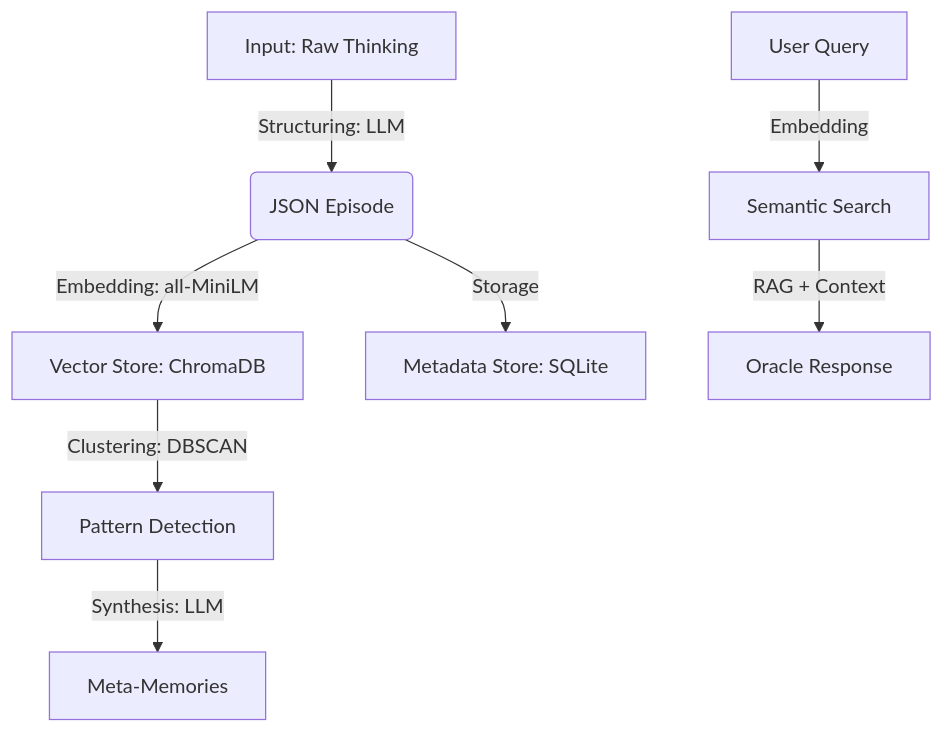
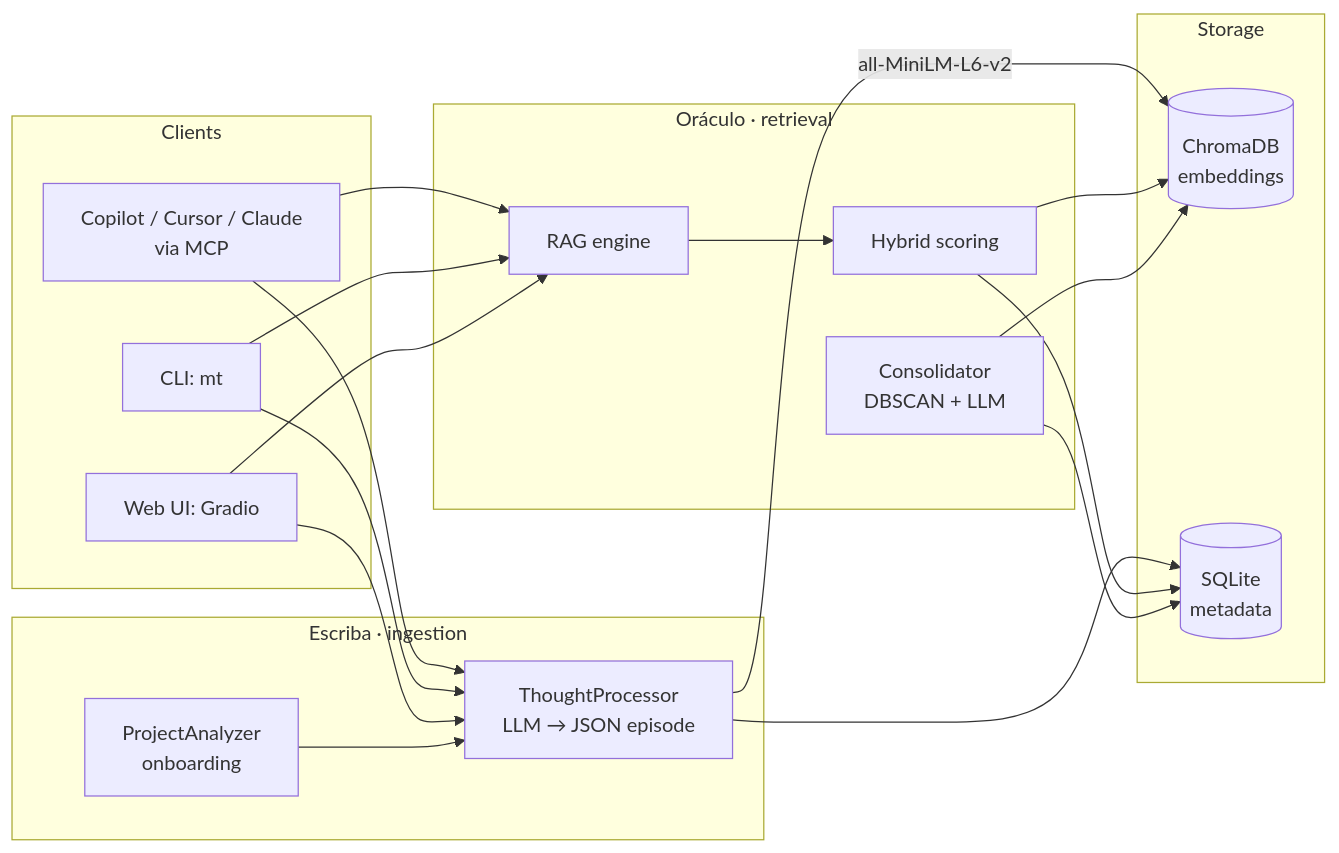
The diagram in README.md (JesusJimenez01/memorytwin), drawn with Mermaid before and after one commit. The commit also changed other lines of this file and 36 other files, not shown here.

````diff
--- a/README.md
+++ b/README.md
@@ -43,10 +40,32 @@
 ```mermaid
-graph TD
-    A[Input: Raw Thinking] -->|Structuring: LLM| B(JSON Episode)
-    B -->|Embedding: all-MiniLM| C[Vector Store: ChromaDB]
-    B -->|Storage| D[Metadata Store: SQLite]
-    C -->|Clustering: DBSCAN| E[Pattern Detection]
-    E -->|Synthesis: LLM| F[Meta-Memories]
-    G[User Query] -->|Embedding| H[Semantic Search]
-    H -->|RAG + Context| I[Oracle Response]
+flowchart LR
+    subgraph Clients
+        A[Copilot / Cursor / Claude<br/>via MCP]
+        B[CLI: mt]
+        C[Web UI: Gradio]
+    end
+
+    subgraph Escriba [Escriba · ingestion]
+        P[ThoughtProcessor<br/>LLM → JSON episode]
+        O[ProjectAnalyzer<br/>onboarding]
+    end
+
+    subgraph Oraculo [Oráculo · retrieval]
+        R[RAG engine]
+        S[Hybrid scoring]
+        K[Consolidator<br/>DBSCAN + LLM]
+    end
+
+    subgraph Storage
+        V[(ChromaDB<br/>embeddings)]
+        Q[(SQLite<br/>metadata)]
+    end
+
+    A & B & C --> P & R
+    O --> P
+    P -->|all-MiniLM-L6-v2| V
+    P --> Q
+    R --> S --> V
+    S --> Q
+    K --> V & Q
 ```
````
